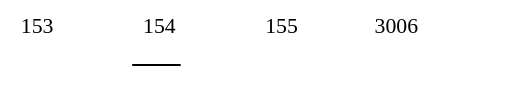
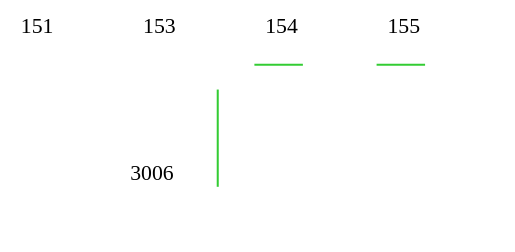
The diagram in GUI/WindowsFormsApplication1/bin/Debug/temp.dot (Sina1/4E1S), drawn with Graphviz before and after one commit. The commit also changed 18 other files, not shown here.

```diff
--- a/GUI/WindowsFormsApplication1/bin/Debug/temp.dot
+++ b/GUI/WindowsFormsApplication1/bin/Debug/temp.dot
@@ -1,12 +1,16 @@
 digraph G {
             graph [splines=ortho, nodesep=0.5 ranksep=1 margin=.1];
             edge [arrowhead=none,arrowtail=none ];
 
-            forcelabels=true;		{ rank=same 153 154 155 3006 ;}
+            forcelabels=true;		{ rank=same 151 153 154 155 ;}
+{ rank=same 3006 ;}
+		151[ xlabel="151" fontsize=16 label="" color ="transparent"];
 		153[ xlabel="153" fontsize=16 label="" color ="transparent"];
 		154[ xlabel="154" fontsize=16 label="" color ="transparent"];
 		155[ xlabel="155" fontsize=16 label="" color ="transparent"];
 		3006[ xlabel="3006" fontsize=16 label="" color ="transparent"];
-		153 -> 154 [penwidth=1.5 shape=none ] ;
+		153 -> 154 [penwidth=1.5 shape=none color ="#33CC33"] ;
+		153 -> 3006 [penwidth=1.5 shape=none color ="#33CC33"] ;
+		154 -> 155 [penwidth=1.5 shape=none color ="#33CC33"] ;
 
 }
```
